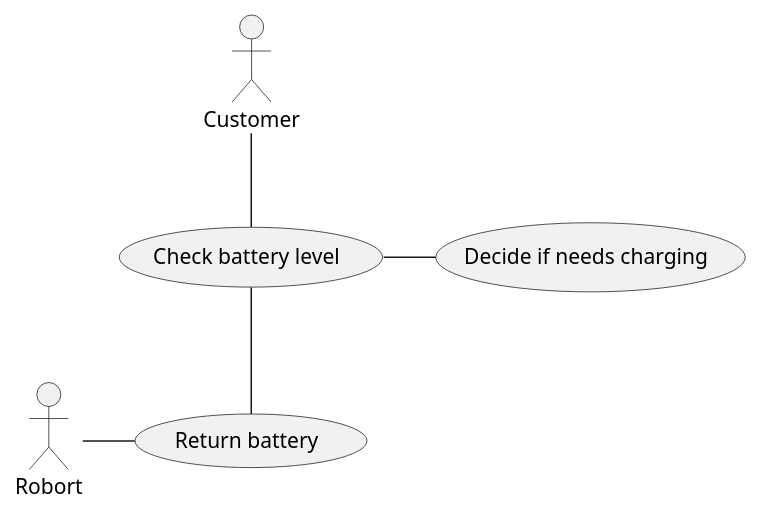
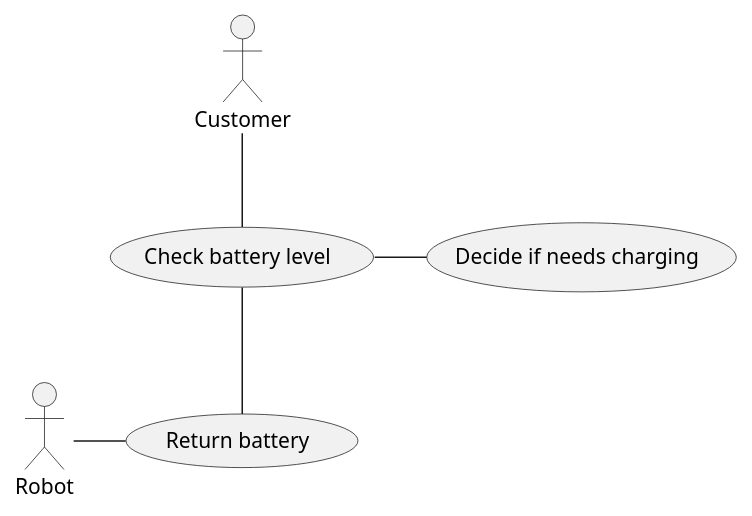
The diagram in docs/design/usecases/usecase3.puml (ur-cs-courses/course-project-catch-up), drawn with PlantUML before and after one commit. The commit also changed 22 other files, not shown here.

```diff
--- a/docs/design/usecases/usecase3.puml
+++ b/docs/design/usecases/usecase3.puml
@@ -1,14 +1,14 @@
 @startuml UseCase3
 
 actor Customer as C
-actor Robort as R
+actor Robot as R
 
 usecase Battery as "Check battery level"
 usecase GiveBattery as "Return battery"
 usecase NeedsCharge as "Decide if needs charging"
 
 C -- Battery
 Battery -- GiveBattery
 R - GiveBattery
 Battery - NeedsCharge
 @enduml
```
